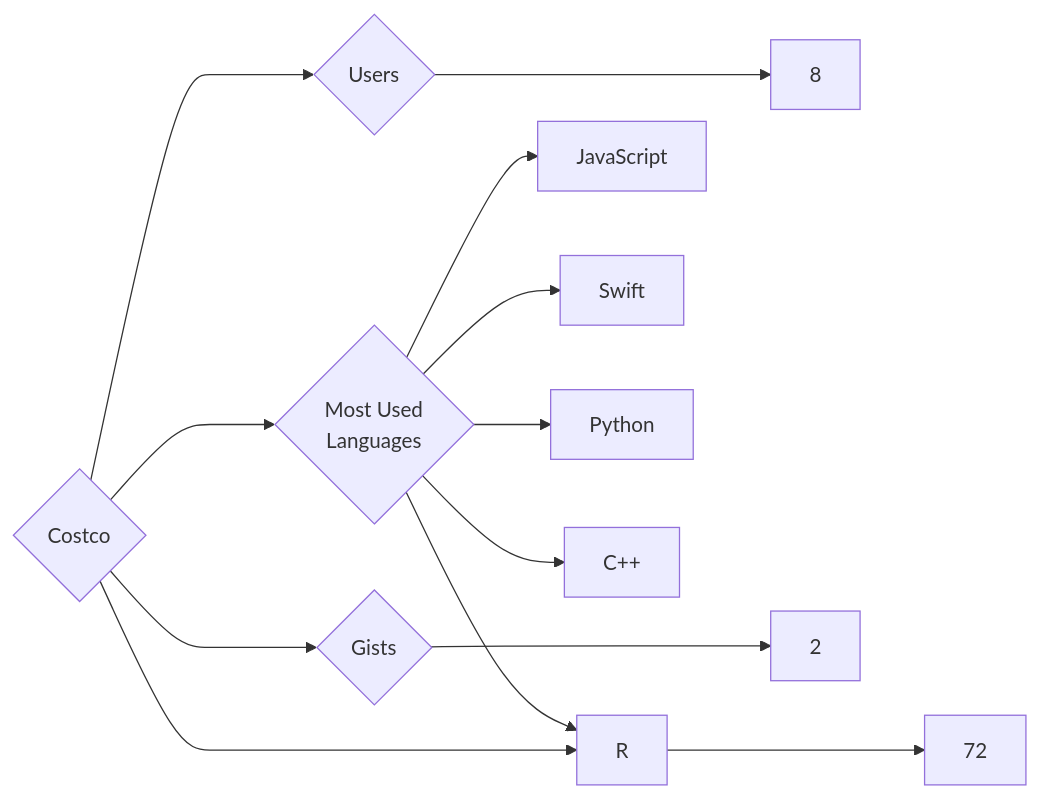
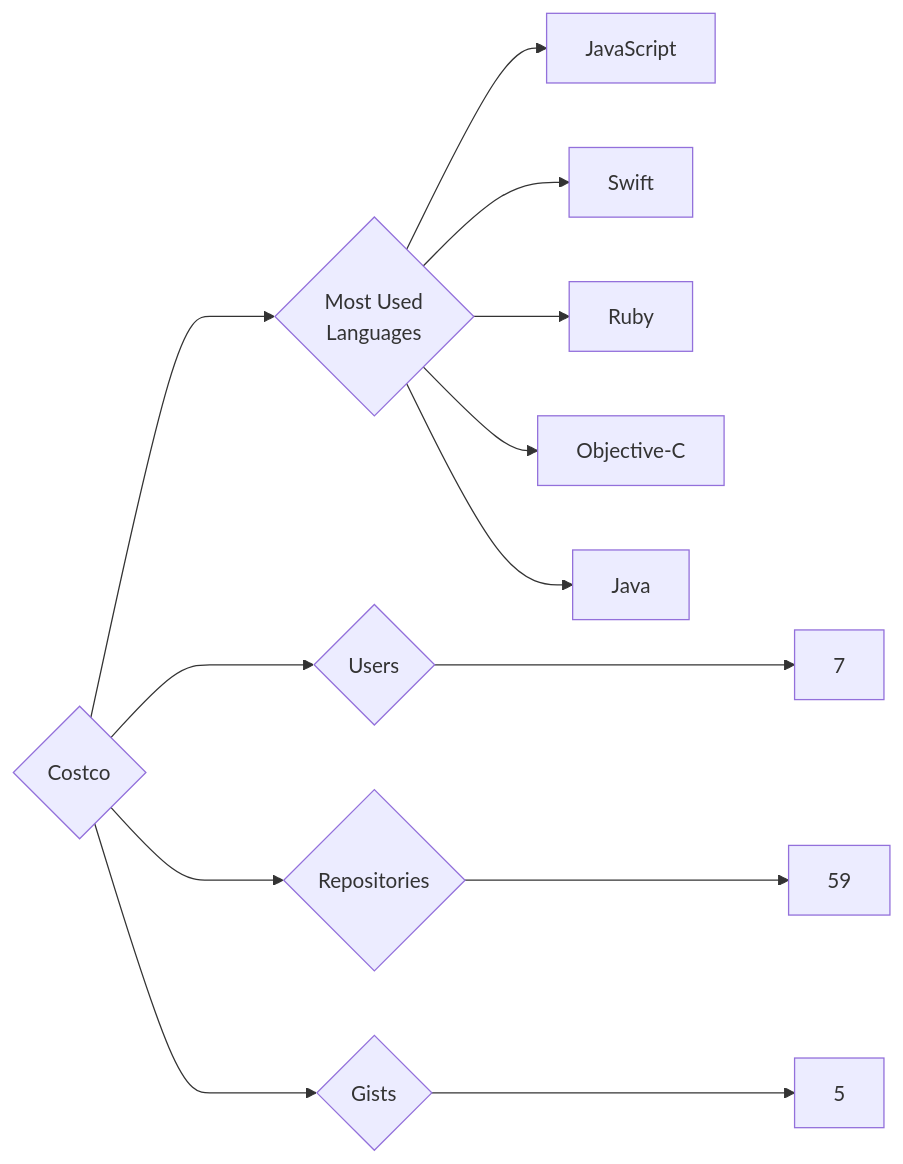
The diagram in targets/Costco/README.md (trickest/insiders), drawn with Mermaid before and after one commit. The commit also changed 1167 other files, not shown here.

````diff
--- a/targets/Costco/README.md
+++ b/targets/Costco/README.md
@@ -3,13 +3,13 @@
 ```mermaid
 graph LR
 COMPANY_NAME{Costco}
-COMPANY_NAME ---> U{Users} ---> UN[8]
-COMPANY_NAME ---> R{Repositories} ---> RN[72]
-COMPANY_NAME ---> G{Gists} ---> GN[2]
+COMPANY_NAME ---> U{Users} ---> UN[7]
+COMPANY_NAME ---> R{Repositories} ---> RN[59]
+COMPANY_NAME ---> G{Gists} ---> GN[5]
 COMPANY_NAME ---> ML{Most Used<br>Languages}
 ML --> JavaScript[JavaScript]
 ML --> Swift[Swift]
-ML --> Python[Python]
-ML --> R[R]
-ML --> C++[C++]
+ML --> Ruby[Ruby]
+ML --> Objective-C[Objective-C]
+ML --> Java[Java]
 ```
````
